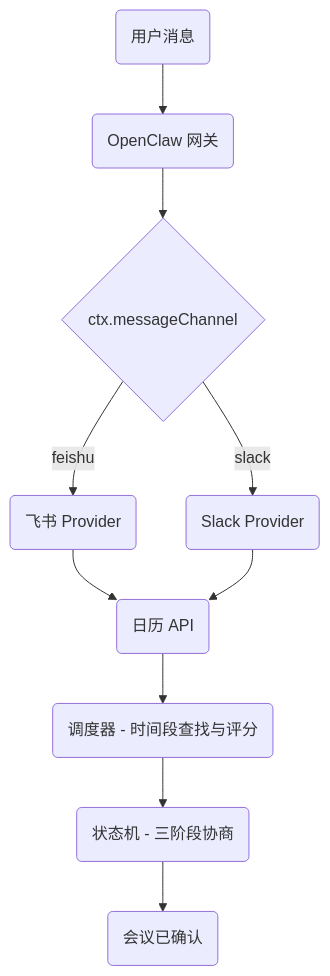
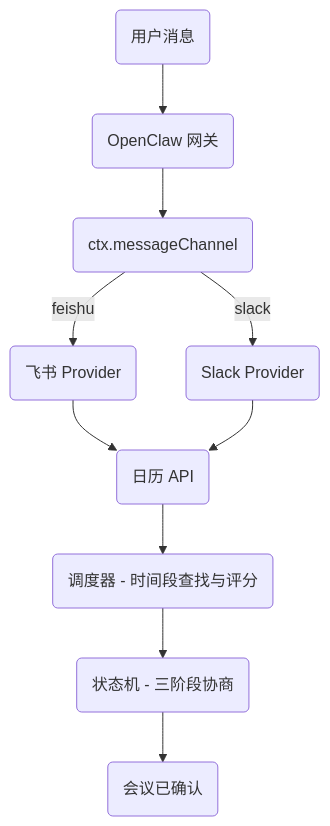
Before and after one commit to javana3/claw_meeting_all: the first of 7 diagrams in README.zh-CN.md, drawn with Mermaid. The commit also changed other lines of this file and 4 other files, not shown here.

First line of the commit message:
docs: round all diagram nodes and update colors across 5 languages

````diff
--- a/README.zh-CN.md
+++ b/README.zh-CN.md
@@ -25,12 +25,12 @@
 ```mermaid
 graph TD
     A(用户消息) --> B(OpenClaw 网关)
-    B --> C{ctx.messageChannel}
+    B --> C(ctx.messageChannel)
     C -->|feishu| D(飞书 Provider)
     C -->|slack| E(Slack Provider)
     D --> F(日历 API)
     E --> F
     F --> G(调度器 - 时间段查找与评分)
     G --> H(状态机 - 三阶段协商)
     H --> I(会议已确认)
 ```
````
